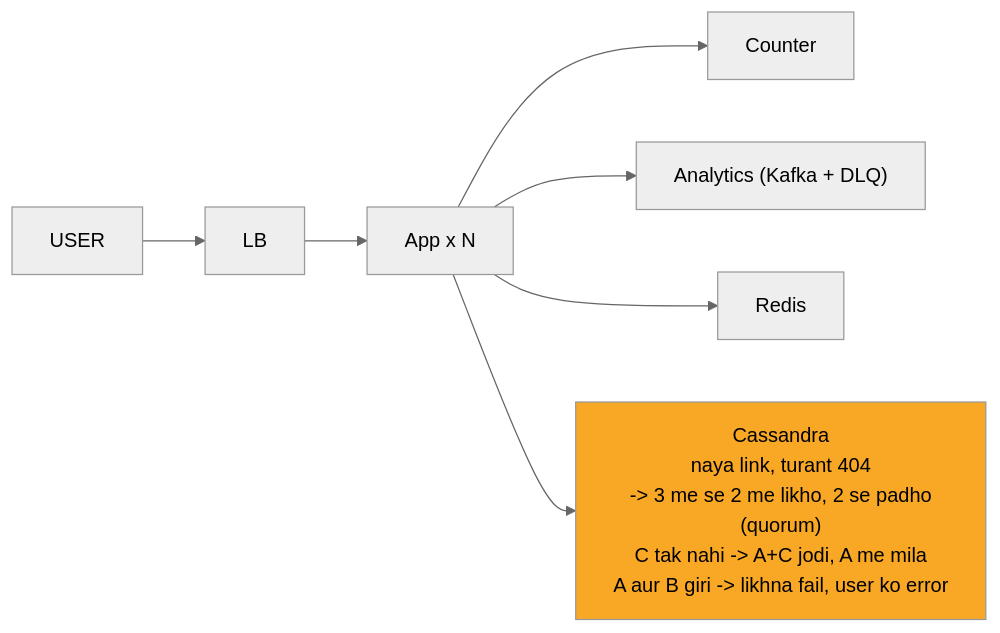
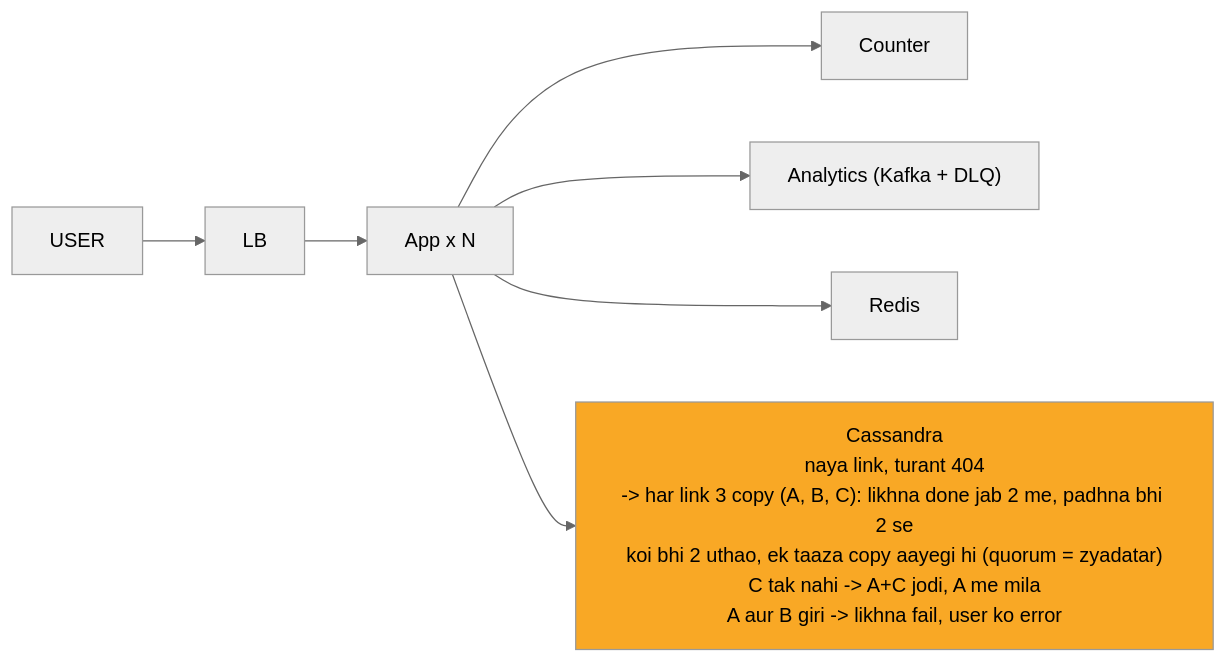
The seventh of 10 diagrams in 04_HLD/SYSTEM_DESIGNS/01_url_shortener/01_url_shortener.md (ArpanMaheshwari144/Prep), drawn with Mermaid (neutral theme) before and after one commit. The commit also changed other lines of this file and 13 other files, not shown here.

````diff
--- a/04_HLD/SYSTEM_DESIGNS/01_url_shortener/01_url_shortener.md
+++ b/04_HLD/SYSTEM_DESIGNS/01_url_shortener/01_url_shortener.md
@@ -317,18 +322,18 @@
 ```mermaid
 %%{init: {"flowchart": {"wrappingWidth": 450}}}%%
 flowchart LR
     n_USER["USER"]
     n_LB["LB"]
     n_App_xN["App x N"]
     n_Counter["Counter"]
     n_ANA["Analytics (Kafka + DLQ)"]
     n_Redis["Redis"]
-    n_Cassandra["Cassandra<br/>naya link, turant 404<br/>-> 3 me se 2 me likho, 2 se padho<br/>(quorum)<br/>C tak nahi -> A+C jodi, A me mila<br/>A aur B giri -> likhna fail, user ko error"]
+    n_Cassandra["Cassandra<br/>naya link, turant 404<br/>-> har link 3 copy (A, B, C): likhna done jab 2 me, padhna bhi 2 se<br/>koi bhi 2 uthao, ek taaza copy aayegi hi (quorum = zyadatar)<br/>C tak nahi -> A+C jodi, A me mila<br/>A aur B giri -> likhna fail, user ko error"]
     n_USER --> n_LB
     n_LB --> n_App_xN
     n_App_xN --> n_Counter
     n_App_xN --> n_ANA
     n_App_xN --> n_Redis
     n_App_xN --> n_Cassandra
     style n_Cassandra fill:#f9a825,color:#000
 ```
````
